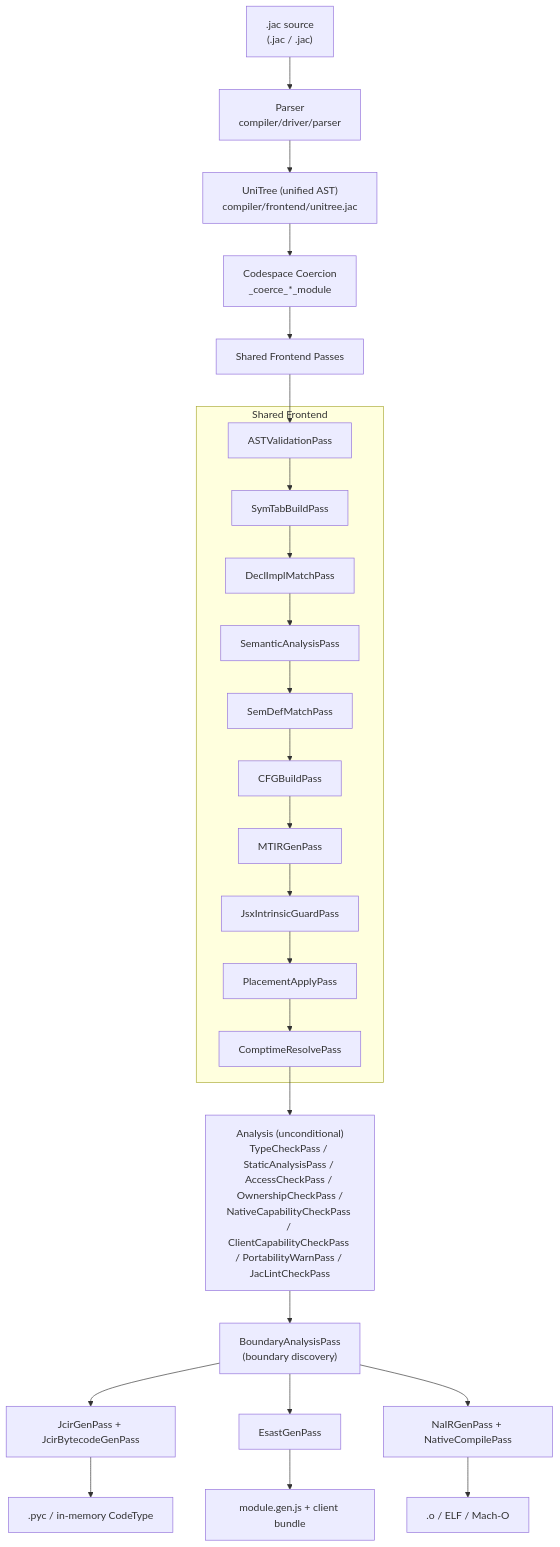
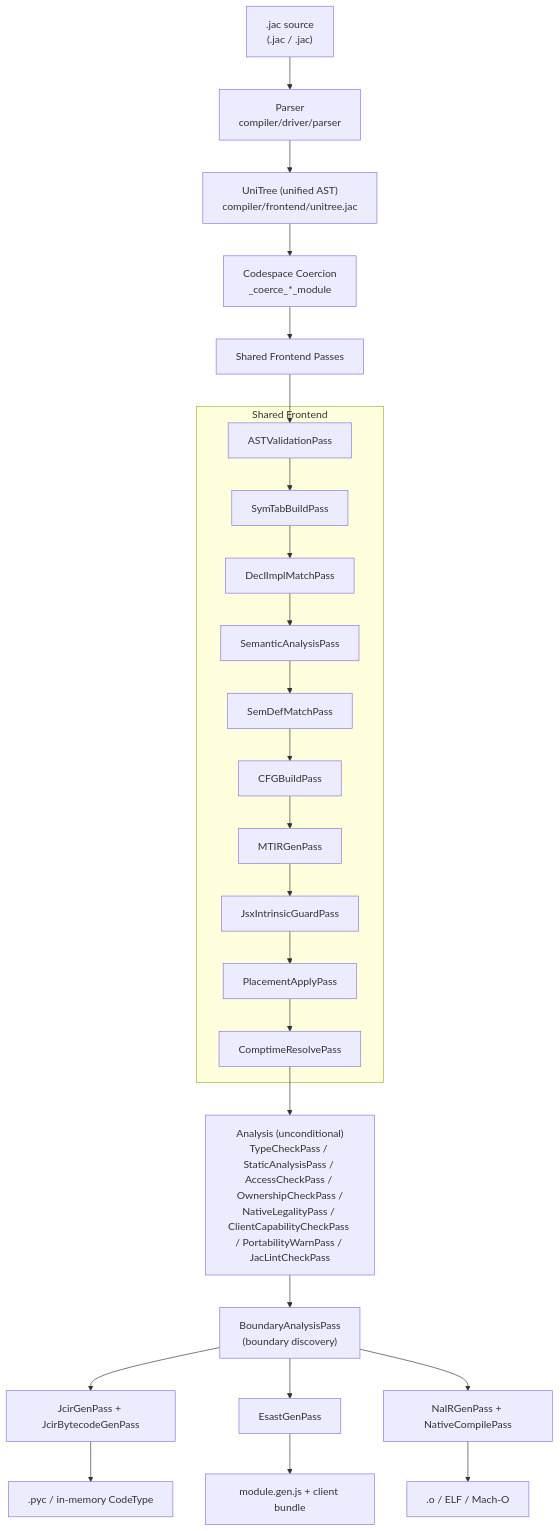
Before and after one commit to jaseci-labs/jac: the second of 3 diagrams in jac/jaclang/cli/docs/internals/compiler_architecture.md, drawn with Mermaid. The commit also changed other lines of this file and 21 other files, not shown here.

````diff
--- a/jac/jaclang/cli/docs/internals/compiler_architecture.md
+++ b/jac/jaclang/cli/docs/internals/compiler_architecture.md
@@ -98,31 +98,31 @@
 ```mermaid
 graph TD
     SRC[".jac source<br/>(.jac / .jac)"] --> PARSE[Parser<br/>compiler/driver/parser]
     PARSE --> UNI["UniTree (unified AST)<br/>compiler/frontend/unitree.jac"]
     UNI --> COERCE["Codespace Coercion<br/>_coerce_*_module"]
     COERCE --> FRONTEND[Shared Frontend Passes]
 
     subgraph FRONTEND_PASSES["Shared Frontend"]
         FE1[ASTValidationPass]
         FE2[SymTabBuildPass]
         FE3[DeclImplMatchPass]
         FE4[SemanticAnalysisPass]
         FE5[SemDefMatchPass]
         FE6[CFGBuildPass]
         FE7[MTIRGenPass]
         FE8[JsxIntrinsicGuardPass]
         FE9[PlacementApplyPass]
         FE10[ComptimeResolvePass]
     end
 
     FRONTEND --> FE1 --> FE2 --> FE3 --> FE4 --> FE5 --> FE6 --> FE7 --> FE8 --> FE9 --> FE10
-    FE10 --> TYPECK["Analysis (unconditional)<br/>TypeCheckPass / StaticAnalysisPass / AccessCheckPass / OwnershipCheckPass /<br/>NativeCapabilityCheckPass / ClientCapabilityCheckPass / PortabilityWarnPass / JacLintCheckPass"]
+    FE10 --> TYPECK["Analysis (unconditional)<br/>TypeCheckPass / StaticAnalysisPass / AccessCheckPass / OwnershipCheckPass /<br/>NativeLegalityPass / ClientCapabilityCheckPass / PortabilityWarnPass / JacLintCheckPass"]
     TYPECK --> INTEROP["BoundaryAnalysisPass<br/>(boundary discovery)"]
     INTEROP --> SV[JcirGenPass + JcirBytecodeGenPass]
     INTEROP --> CL[EsastGenPass]
     INTEROP --> NA[NaIRGenPass + NativeCompilePass]
 
     SV --> SVOUT[".pyc / in-memory CodeType"]
     CL --> CLOUT["module.gen.js + client bundle"]
     NA --> NAOUT[".o / ELF / Mach-O"]
 ```
````
